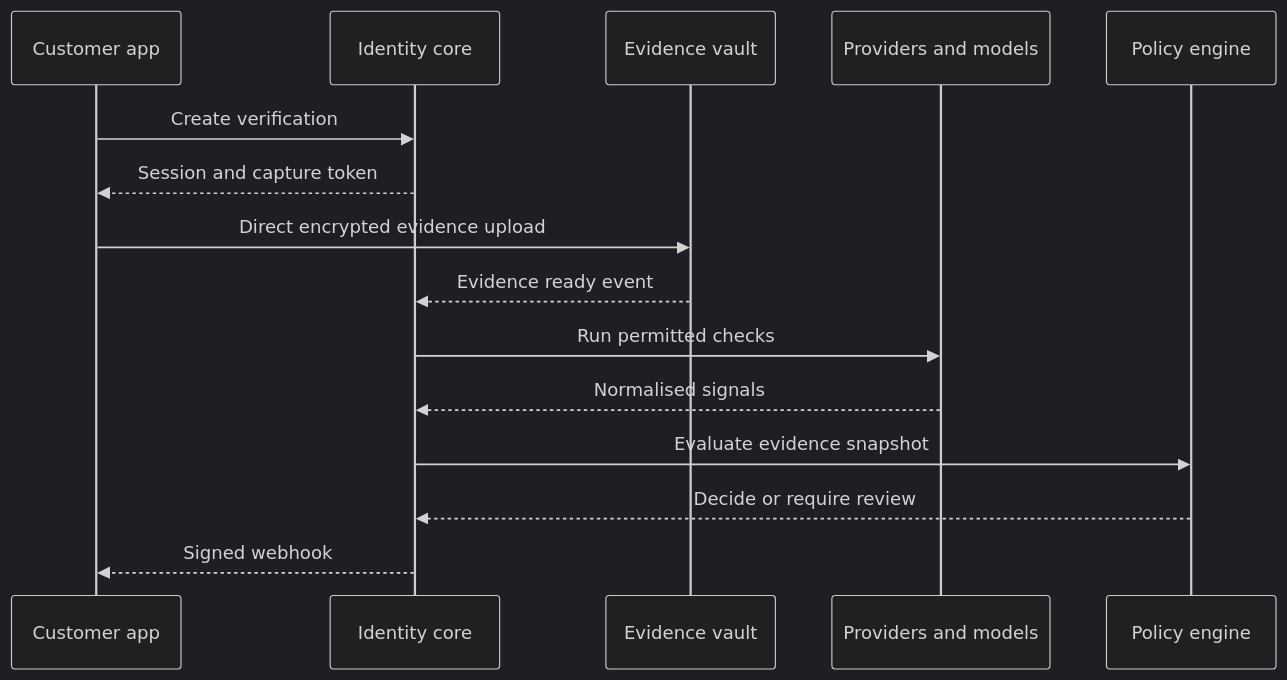
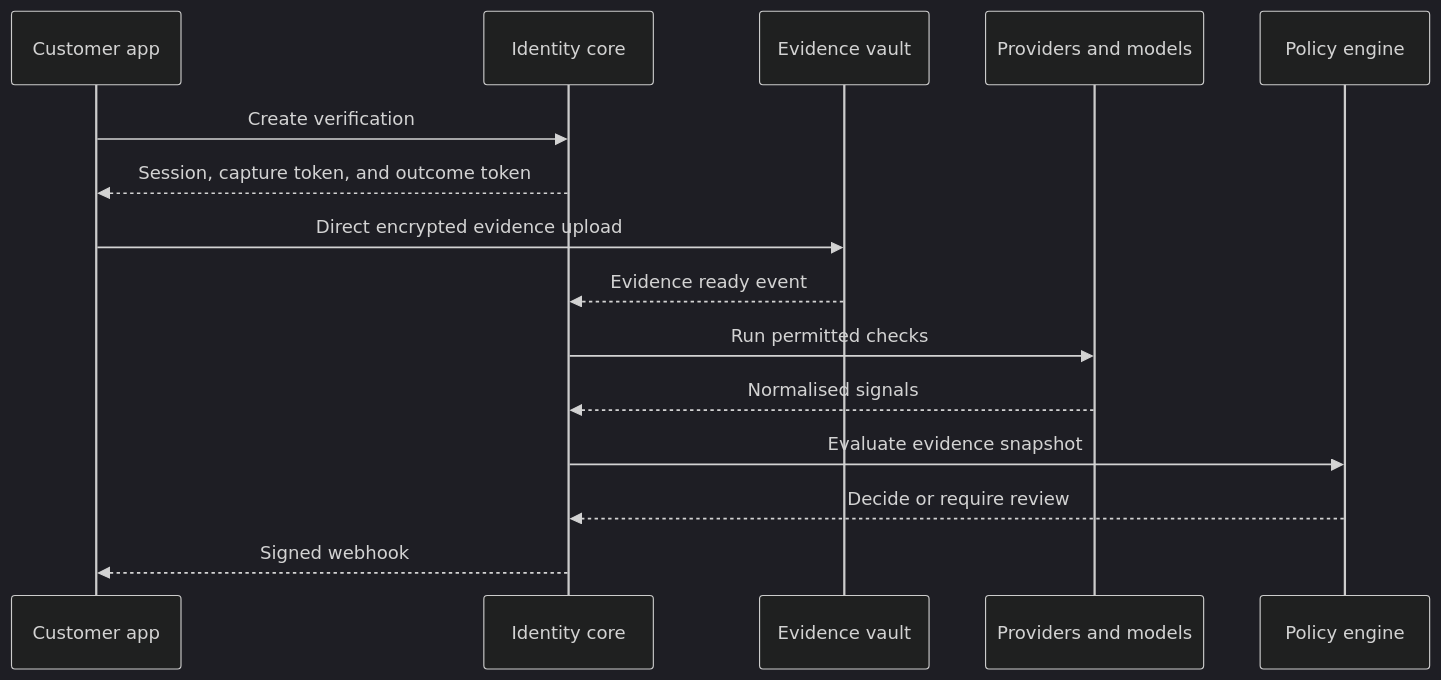
The seventh of 13 diagrams in docs/global-identity-core-technical-architecture-v0.6-draft.md (Mujhtech/idenqa), drawn with Mermaid (dark theme) before and after one commit. The commit also changed other lines of this file and 4 other files, not shown here.

Commit message:
docs(architecture): record implemented decisions and gap status

````diff
--- a/docs/global-identity-core-technical-architecture-v0.6-draft.md
+++ b/docs/global-identity-core-technical-architecture-v0.6-draft.md
@@ -800,18 +838,18 @@
 ```mermaid
 sequenceDiagram
     participant App as Customer app
     participant Core as Identity core
     participant Vault as Evidence vault
     participant Intel as Providers and models
     participant Policy as Policy engine
 
     App->>Core: Create verification
-    Core-->>App: Session and capture token
+    Core-->>App: Session, capture token, and outcome token
     App->>Vault: Direct encrypted evidence upload
     Vault-->>Core: Evidence ready event
     Core->>Intel: Run permitted checks
     Intel-->>Core: Normalised signals
     Core->>Policy: Evaluate evidence snapshot
     Policy-->>Core: Decide or require review
     Core-->>App: Signed webhook
 ```
````
